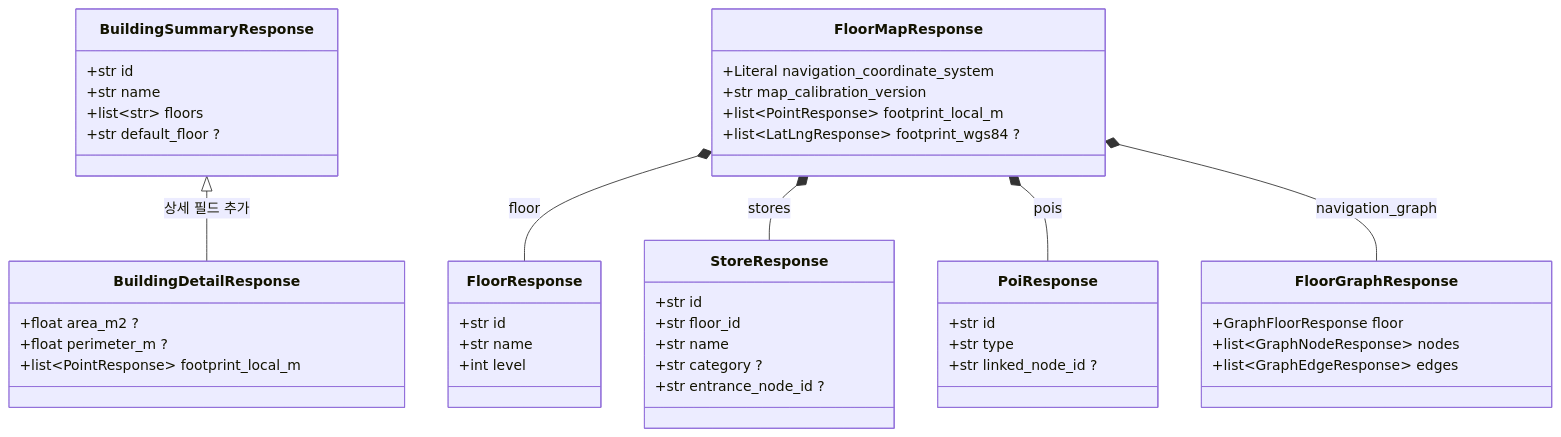
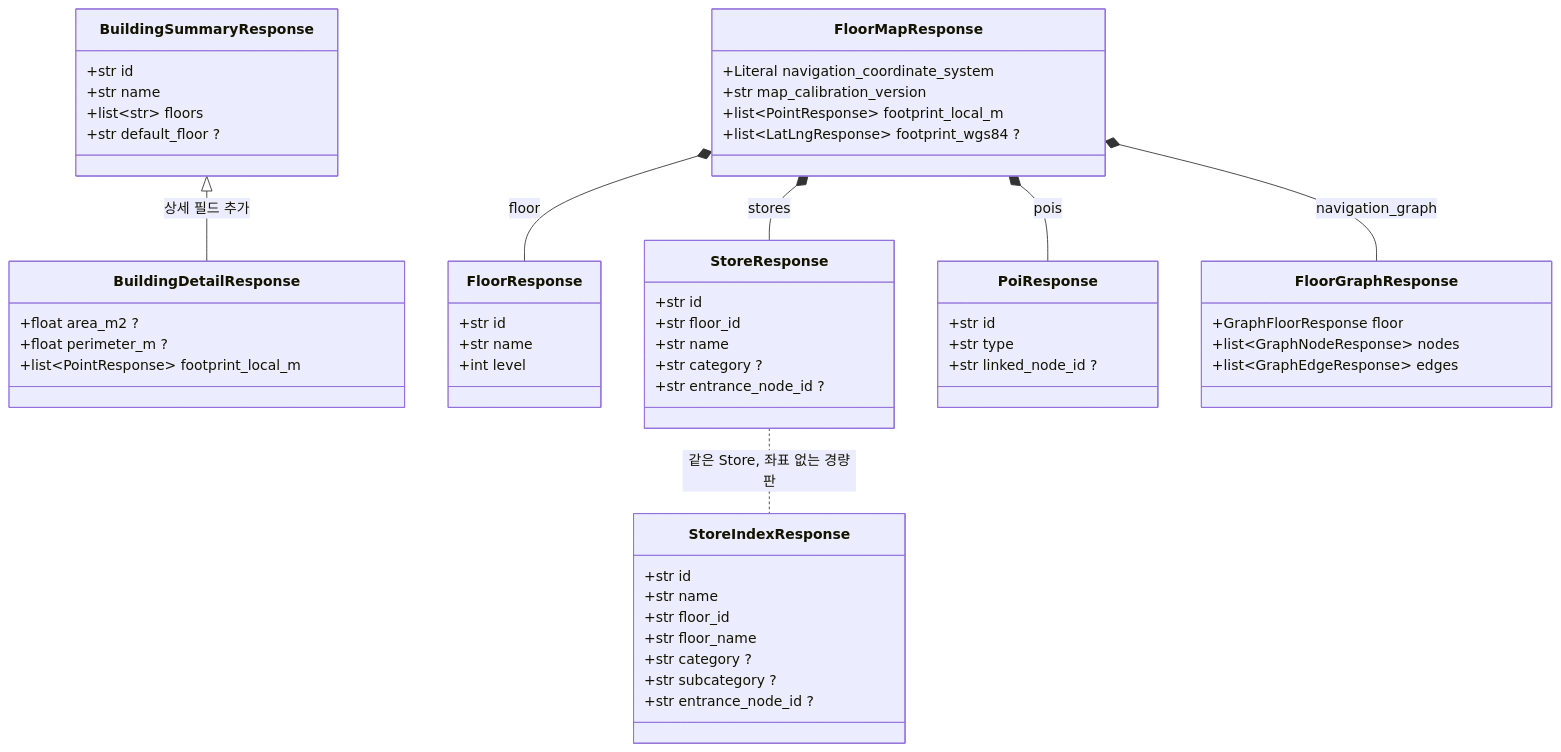
Before and after one commit to Routex-labs/Navigation: the first of 4 diagrams in backend/app/dto/README.md, drawn with Mermaid. The commit also changed 2 other files, not shown here.

Commit message:
docs: 계층 README에 store-index 엔드포인트를 반영한다
라우터·DTO·리포지토리 README의 목록과 다이어그램에 새 경로를 추가했다. 좌표 변환을
거치지 않는 것이 이 조회의 특징이라 그 사실도 함께 적었다.

````diff
--- a/backend/app/dto/README.md
+++ b/backend/app/dto/README.md
@@ -31,48 +31,58 @@
 ```mermaid
 classDiagram
     class BuildingSummaryResponse {
         +str id
         +str name
         +list~str~ floors
         +str default_floor ?
     }
     class BuildingDetailResponse {
         +float area_m2 ?
         +float perimeter_m ?
         +list~PointResponse~ footprint_local_m
+    }
+    class StoreIndexResponse {
+        +str id
+        +str name
+        +str floor_id
+        +str floor_name
+        +str category ?
+        +str subcategory ?
+        +str entrance_node_id ?
     }
     class FloorMapResponse {
         +Literal navigation_coordinate_system
         +str map_calibration_version
         +list~PointResponse~ footprint_local_m
         +list~LatLngResponse~ footprint_wgs84 ?
     }
     class FloorResponse {
         +str id
         +str name
         +int level
     }
     class StoreResponse {
         +str id
         +str floor_id
         +str name
         +str category ?
         +str entrance_node_id ?
     }
     class PoiResponse {
         +str id
         +str type
         +str linked_node_id ?
     }
     class FloorGraphResponse {
         +GraphFloorResponse floor
         +list~GraphNodeResponse~ nodes
         +list~GraphEdgeResponse~ edges
     }
 
     BuildingSummaryResponse <|-- BuildingDetailResponse : 상세 필드 추가
     FloorMapResponse *-- FloorResponse : floor
     FloorMapResponse *-- StoreResponse : stores
+    StoreResponse .. StoreIndexResponse : 같은 Store, 좌표 없는 경량판
     FloorMapResponse *-- PoiResponse : pois
     FloorMapResponse *-- FloorGraphResponse : navigation_graph
 ```
````
